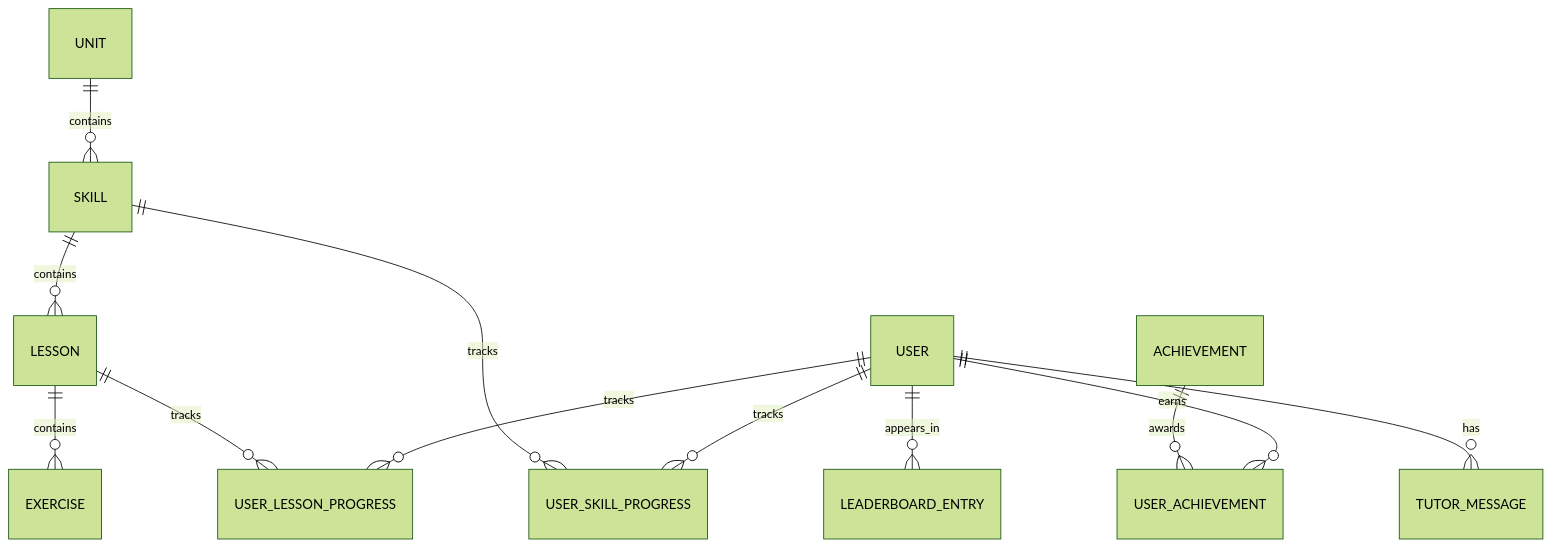
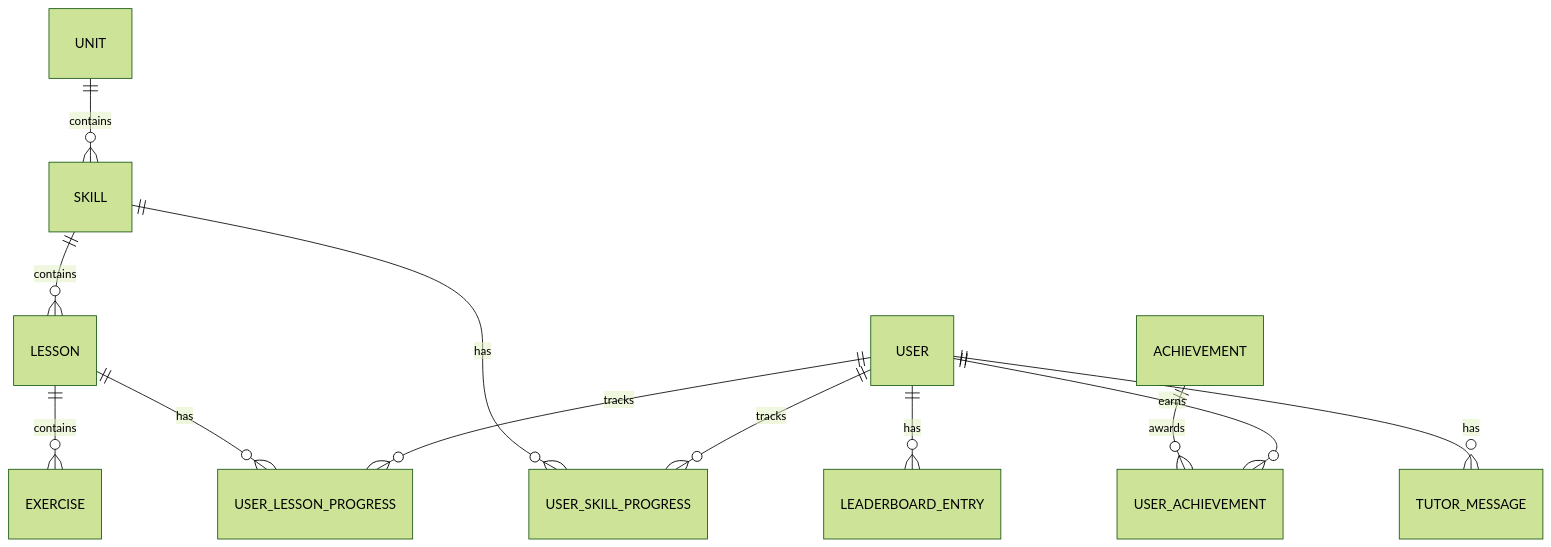
One commit to dityaverma/Duolingo-Clone changed the second of 2 diagrams in README.md. Above: the diagram before and after it, drawn with Mermaid (forest theme). The commit also changed other lines of this file, not shown here.

````diff
--- a/README.md
+++ b/README.md
@@ -71,16 +48,16 @@
 ```mermaid
 erDiagram
     UNIT ||--o{ SKILL : contains
     SKILL ||--o{ LESSON : contains
     LESSON ||--o{ EXERCISE : contains
 
     USER ||--o{ USER_SKILL_PROGRESS : tracks
     USER ||--o{ USER_LESSON_PROGRESS : tracks
     USER ||--o{ USER_ACHIEVEMENT : earns
-    USER ||--o{ LEADERBOARD_ENTRY : appears_in
+    USER ||--o{ LEADERBOARD_ENTRY : has
     USER ||--o{ TUTOR_MESSAGE : has
 
-    SKILL ||--o{ USER_SKILL_PROGRESS : tracks
-    LESSON ||--o{ USER_LESSON_PROGRESS : tracks
+    SKILL ||--o{ USER_SKILL_PROGRESS : has
+    LESSON ||--o{ USER_LESSON_PROGRESS : has
     ACHIEVEMENT ||--o{ USER_ACHIEVEMENT : awards
 ```
````
